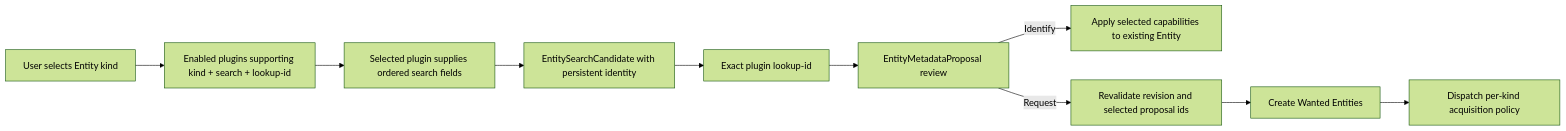
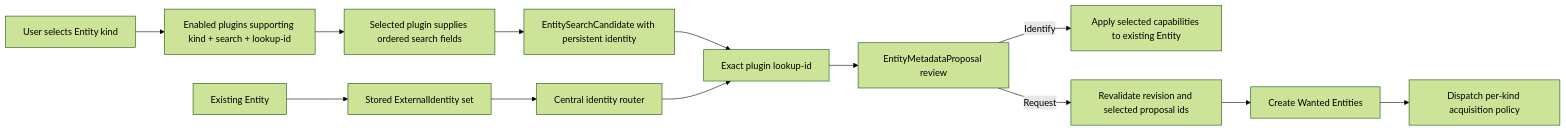
Before and after one commit to pauljoda/Prismedia: the diagram in docs/architecture.md, drawn with Mermaid (forest theme). The commit also changed other lines of this file and 1 other file, not shown here.

Commit message:
docs: map existing entities through plugin review

````diff
--- a/docs/architecture.md
+++ b/docs/architecture.md
@@ -108,12 +108,15 @@
 ```mermaid
 flowchart LR
   K["User selects Entity kind"] --> P["Enabled plugins supporting kind + search + lookup-id"]
   P --> S["Selected plugin supplies ordered search fields"]
   S --> C["EntitySearchCandidate with persistent identity"]
   C --> R["Exact plugin lookup-id"]
+  X["Existing Entity"] --> I["Stored ExternalIdentity set"]
+  I --> D["Central identity router"]
+  D --> R
   R --> Q["EntityMetadataProposal review"]
   Q -->|Identify| E["Apply selected capabilities to existing Entity"]
   Q -->|Request| V["Revalidate revision and selected proposal ids"]
   V --> W["Create Wanted Entities"]
   W --> A["Dispatch per-kind acquisition policy"]
 ```
````
